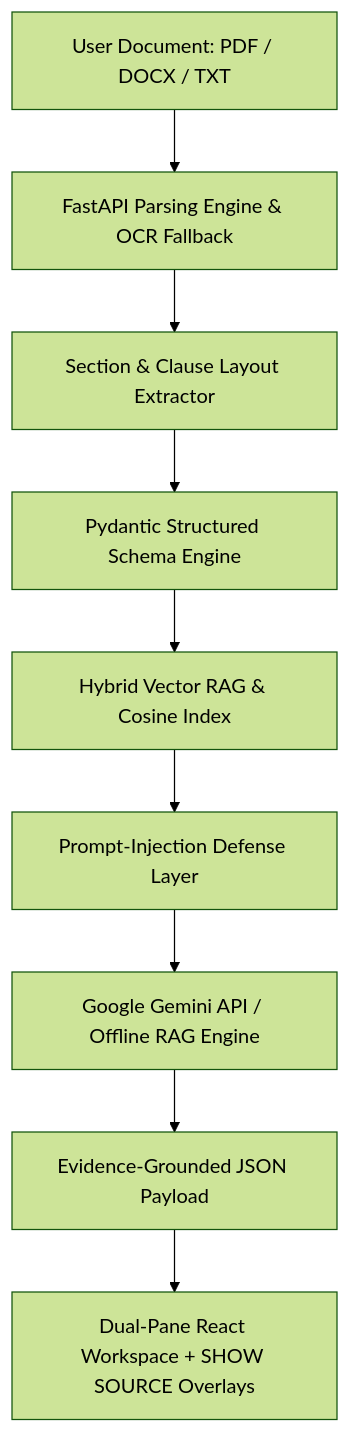
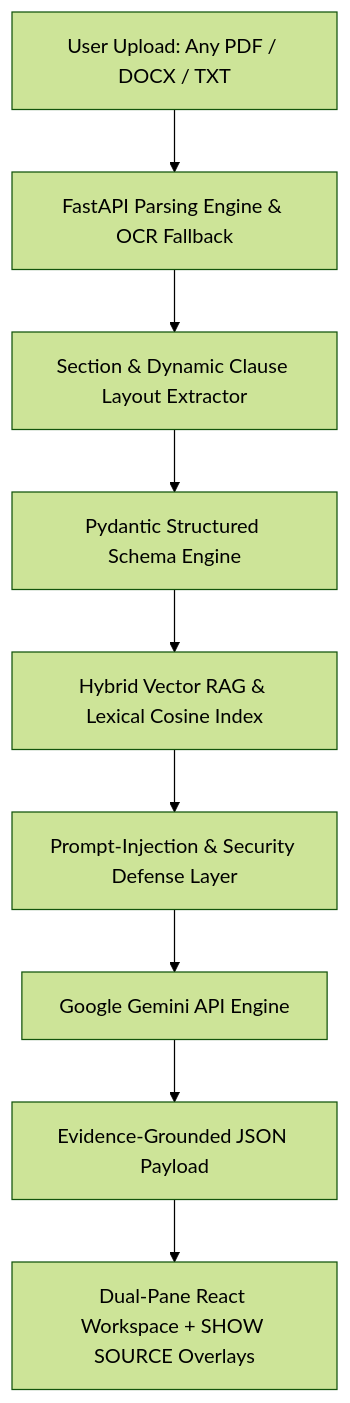
One commit to sainarayana75/NyaySetu changed the diagram in README.md. Above: the diagram before and after it, drawn with Mermaid (forest theme). The commit also changed other lines of this file and 7 other files, not shown here.

````diff
--- a/README.md
+++ b/README.md
@@ -56,11 +69,11 @@
 ```mermaid
 flowchart TD
-    A[User Document: PDF / DOCX / TXT] --> B[FastAPI Parsing Engine & OCR Fallback]
-    B --> C[Section & Clause Layout Extractor]
+    A[User Upload: Any PDF / DOCX / TXT] --> B[FastAPI Parsing Engine & OCR Fallback]
+    B --> C[Section & Dynamic Clause Layout Extractor]
     C --> D[Pydantic Structured Schema Engine]
-    D --> E[Hybrid Vector RAG & Cosine Index]
-    E --> F[Prompt-Injection Defense Layer]
-    F --> G[Google Gemini API / Offline RAG Engine]
+    D --> E[Hybrid Vector RAG & Lexical Cosine Index]
+    E --> F[Prompt-Injection & Security Defense Layer]
+    F --> G[Google Gemini API Engine]
     G --> H[Evidence-Grounded JSON Payload]
     H --> I[Dual-Pane React Workspace + SHOW SOURCE Overlays]
 ```
````
